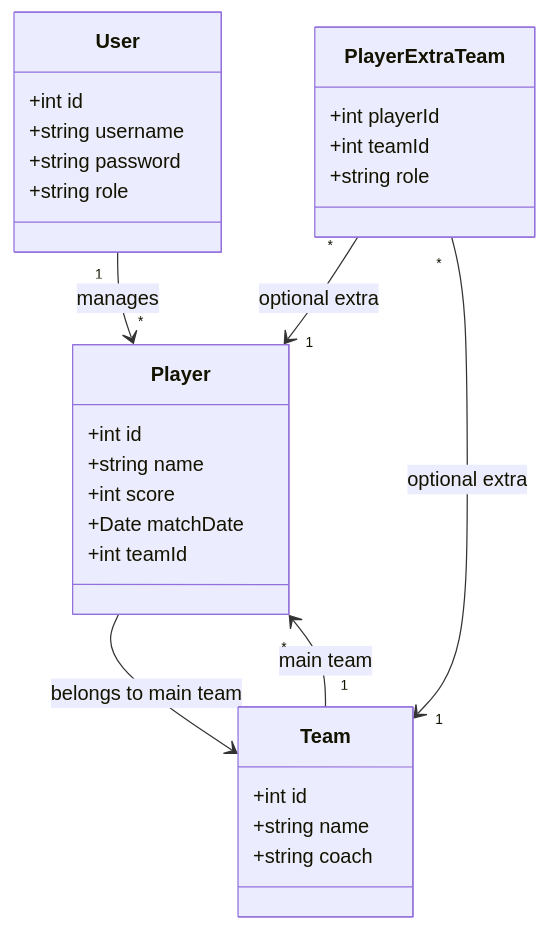
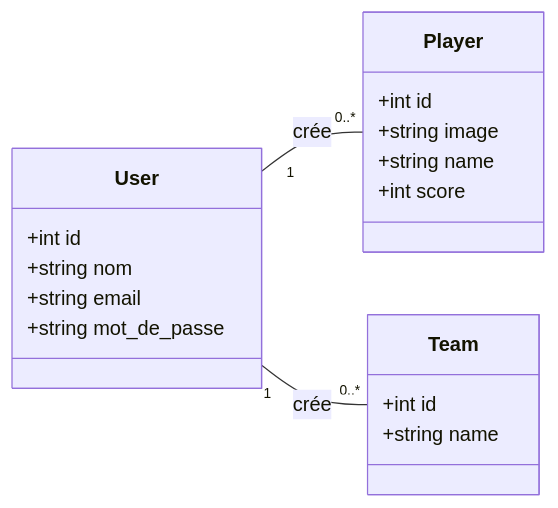
Before and after one commit to Med-Ouallou/laravel-level-test: the diagram in Conception/ClassDiagram.mmd, drawn with Mermaid. The commit also changed 3 other files, not shown here.

```diff
--- a/Conception/ClassDiagram.mmd
+++ b/Conception/ClassDiagram.mmd
@@ -1,34 +1,25 @@
 classDiagram
+    direction LR
+
     class User {
         +int id
-        +string username
-        +string password
-        +string role
+        +string nom
+        +string email
+        +string mot_de_passe
+    }
+
+    class Player {
+        +int id
+        +string image
+        +string name
+        +int score
     }
 
     class Team {
         +int id
         +string name
-        +string coach
-    }
-
-    class Player {
-        +int id
-        +string name
-        +int score
-        +Date matchDate
-        +int teamId
-    }
-
-    class PlayerExtraTeam {
-        +int playerId
-        +int teamId
-        +string role
     }
 
     %% Relations
-    User "1" --> "*" Player : manages
-    Team "1" --> "*" Player : main team
-    Player --> Team : belongs to main team
-    PlayerExtraTeam "*" --> "1" Player : optional extra
-    PlayerExtraTeam "*" --> "1" Team : optional extra
+    User "1" -- "0..*" Player : crée
+    User "1" -- "0..*" Team : crée
```
